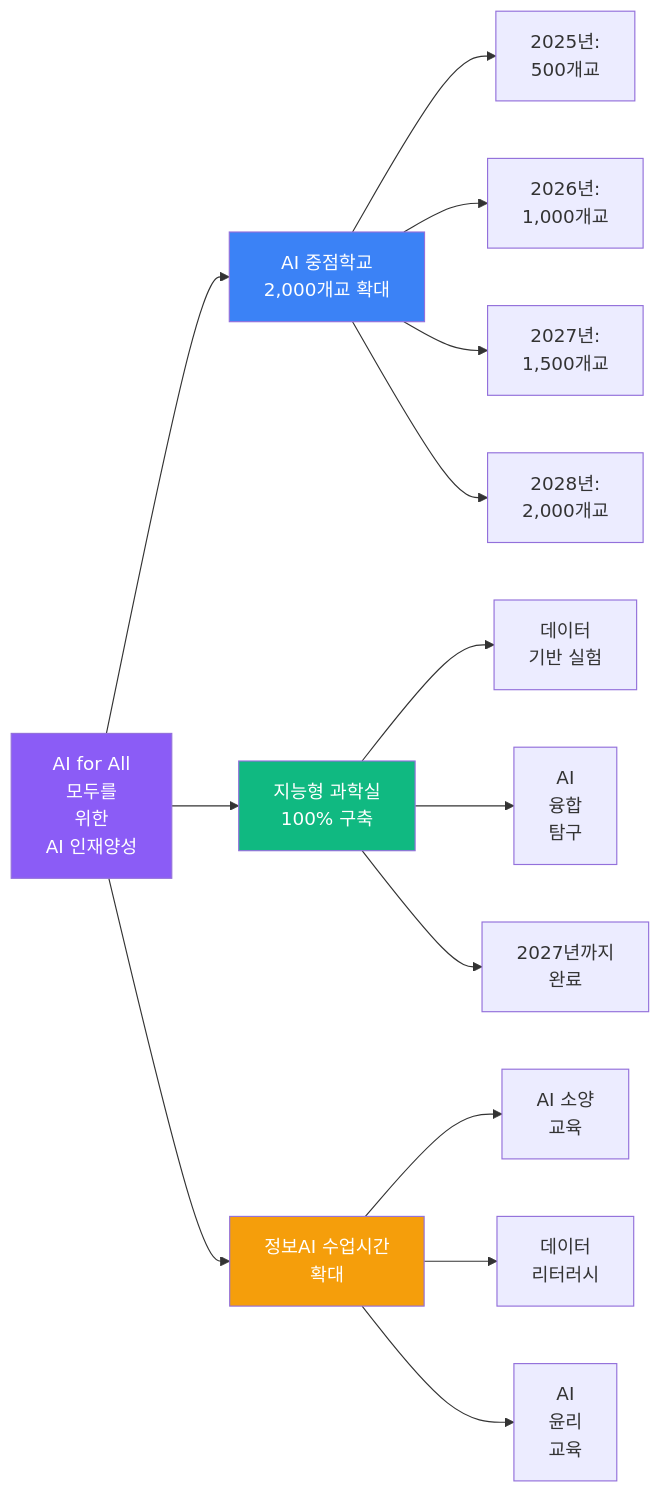
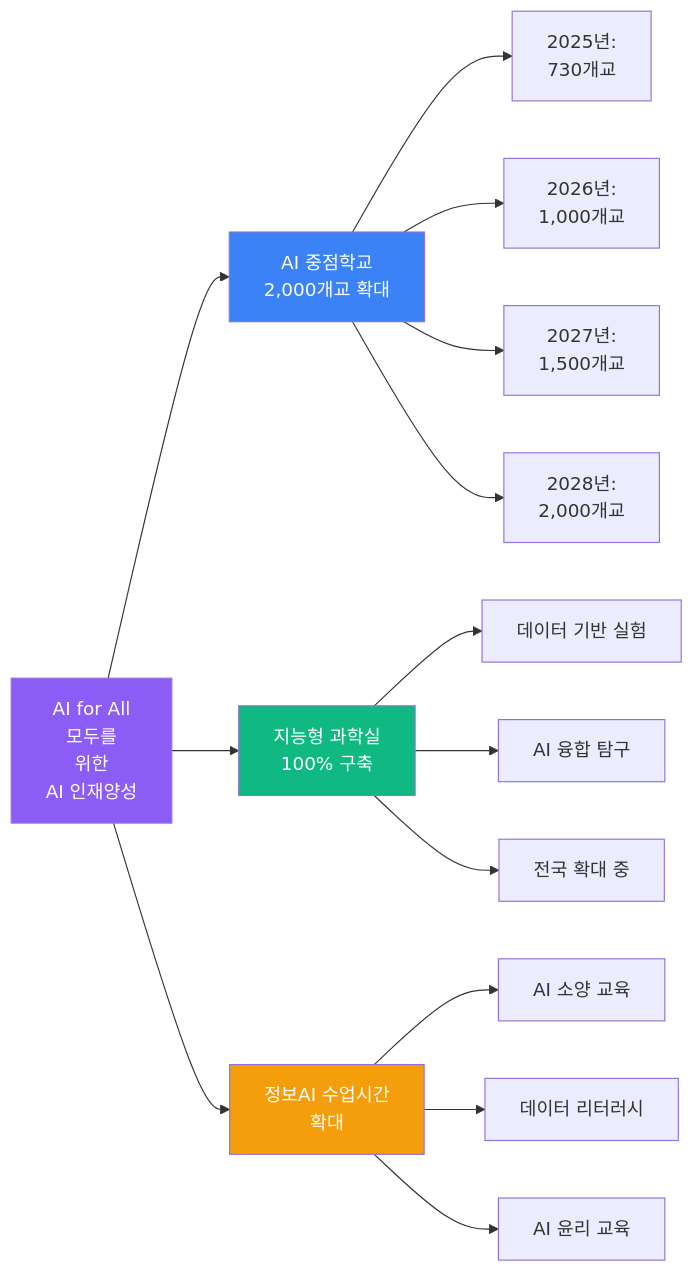
One commit to Collegenie-X/AIMakerLab_Web changed the first of 33 diagrams in documents/AI_중점학교_운영_제안서.md. Above: the diagram before and after it, drawn with Mermaid. The commit also changed other lines of this file and 1 other file, not shown here.

````diff
--- a/documents/AI_중점학교_운영_제안서.md
+++ b/documents/AI_중점학교_운영_제안서.md
@@ -19,24 +29,24 @@
 ```mermaid
 graph LR
     A[AI for All<br/>모두를 <br>위한 <br>AI 인재양성] --> B[AI 중점학교<br/>2,000개교 확대]
     A --> C[지능형 과학실<br/>100% 구축]
     A --> D[정보AI 수업시간<br/>확대]
     
-    B --> B1[2025년: <br>500개교]
+    B --> B1[2025년: <br>730개교]
     B --> B2[2026년: <br>1,000개교]
     B --> B3[2027년: <br>1,500개교]
     B --> B4[2028년: <br>2,000개교]
     
-    C --> C1[데이터 <br>기반 실험]
-    C --> C2[AI <br>융합 <br>탐구]
-    C --> C3[2027년까지 <br>완료]
+    C --> C1[데이터 기반 실험]
+    C --> C2[AI 융합 탐구]
+    C --> C3[전국 확대 중]
     
-    D --> D1[AI 소양 <br>교육]
-    D --> D2[데이터 <br>리터러시]
-    D --> D3[AI <br>윤리 <br>교육]
+    D --> D1[AI 소양 교육]
+    D --> D2[데이터 리터러시]
+    D --> D3[AI 윤리 교육]
     
     style A fill:#8b5cf6,color:#fff
     style B fill:#3b82f6,color:#fff
     style C fill:#10b981,color:#fff
     style D fill:#f59e0b,color:#fff
 ```
````
